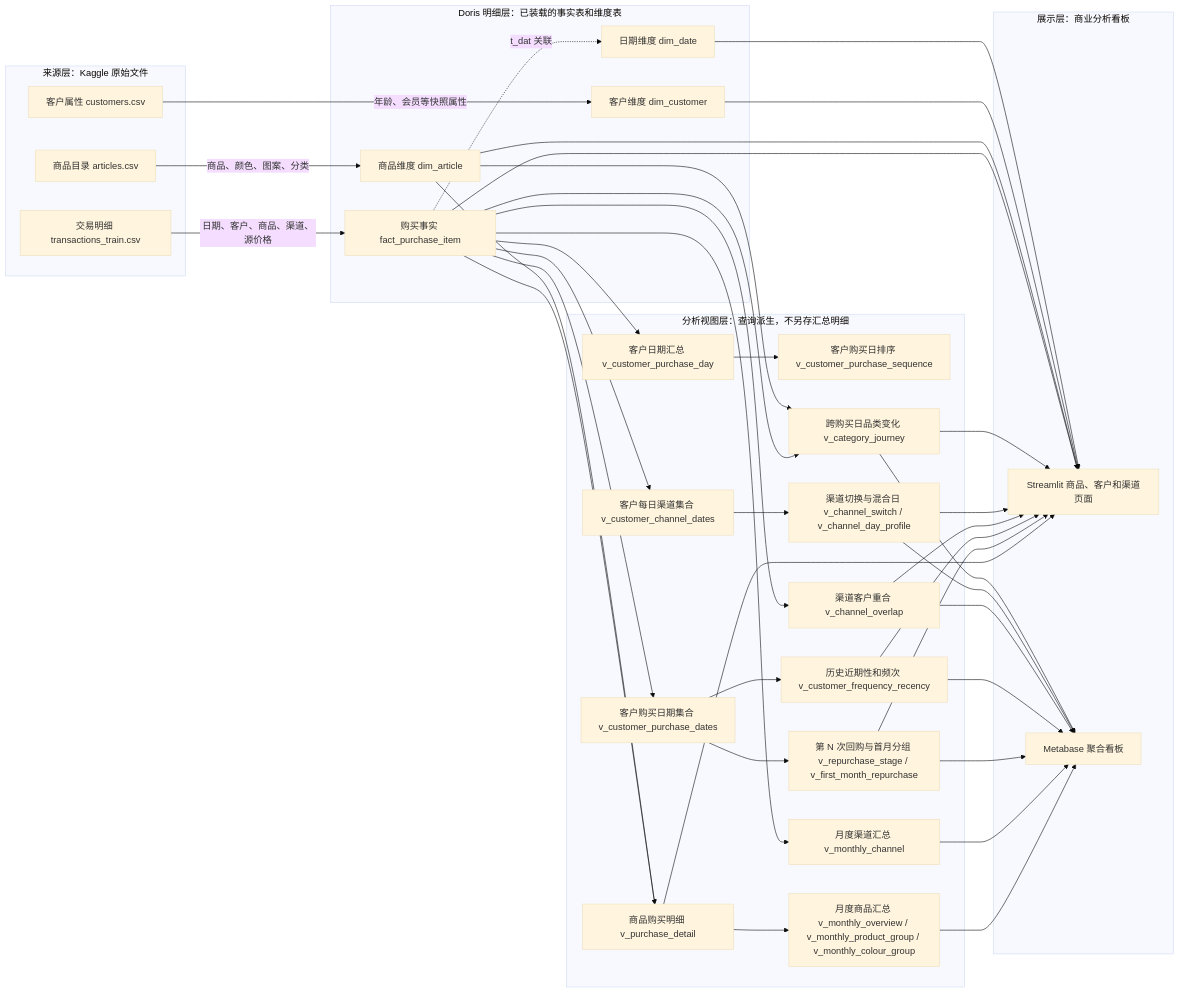
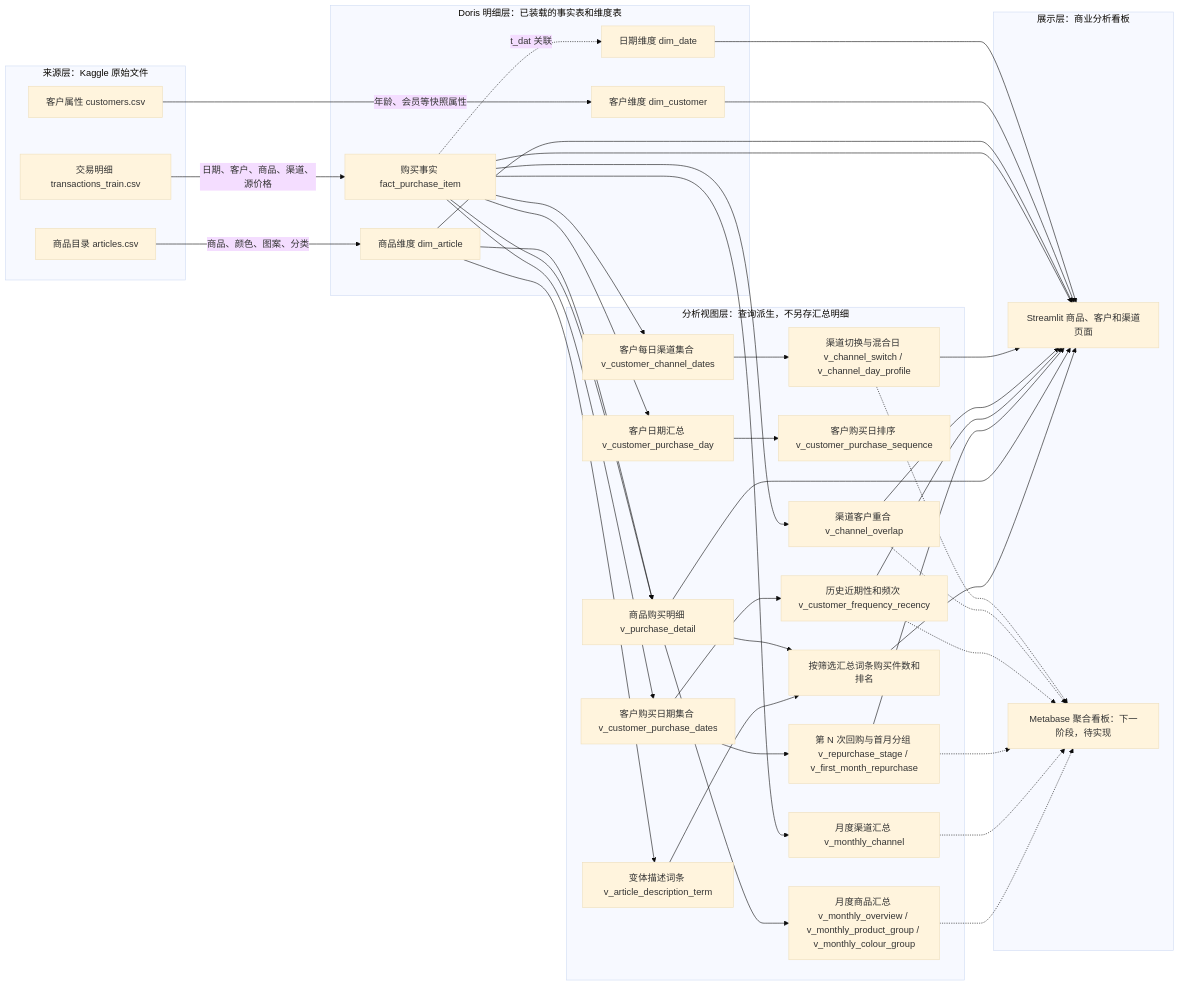
The second of 2 diagrams in docs/05-逻辑设计.md (SongYunq/industry-data-warehouse), drawn with Mermaid (base theme) before and after one commit. The commit also changed other lines of this file and 19 other files, not shown here.

````diff
--- a/docs/05-逻辑设计.md
+++ b/docs/05-逻辑设计.md
@@ -112,71 +113,72 @@
 ```mermaid
 flowchart LR
     subgraph SRC[来源层：Kaggle 原始文件]
         TX[交易明细 transactions_train.csv]
         AR[商品目录 articles.csv]
         CU[客户属性 customers.csv]
     end
 
     subgraph DW[Doris 明细层：已装载的事实表和维度表]
         F[购买事实 fact_purchase_item]
         A[商品维度 dim_article]
         C[客户维度 dim_customer]
         D[日期维度 dim_date]
     end
 
     subgraph V[分析视图层：查询派生，不另存汇总明细]
         PD[商品购买明细 v_purchase_detail]
+        DT[变体描述词条 v_article_description_term]
+        DR[按筛选汇总词条购买件数和排名]
         CD[客户日期汇总 v_customer_purchase_day]
         CS[客户购买日排序 v_customer_purchase_sequence]
         CDS[客户购买日期集合 v_customer_purchase_dates]
         RS[第 N 次回购与首月分组 v_repurchase_stage / v_first_month_repurchase]
         FR[历史近期性和频次 v_customer_frequency_recency]
         CH1[渠道客户重合 v_channel_overlap]
         CH2[客户每日渠道集合 v_customer_channel_dates]
         CH3[渠道切换与混合日 v_channel_switch / v_channel_day_profile]
-        CJ[跨购买日品类变化 v_category_journey]
         MO1[月度商品汇总 v_monthly_overview / v_monthly_product_group / v_monthly_colour_group]
         MO2[月度渠道汇总 v_monthly_channel]
     end
 
     subgraph OUT[展示层：商业分析看板]
         ST[Streamlit 商品、客户和渠道页面]
-        MB[Metabase 聚合看板]
+        MB[Metabase 聚合看板：下一阶段，待实现]
     end
 
     TX -->|日期、客户、商品、渠道、源价格| F
     AR -->|商品、颜色、图案、分类| A
     CU -->|年龄、会员等快照属性| C
     F -. t_dat 关联 .-> D
     F --> PD
     A --> PD
+    A --> DT
+    DT --> DR
+    PD --> DR
+    DR --> ST
     F --> CD
     CD --> CS
     F --> CDS
     CDS --> RS
     CDS --> FR
     F --> CH1
     F --> CH2
     CH2 --> CH3
-    F --> CJ
-    A --> CJ
     PD --> MO1
     F --> MO2
     PD --> ST
     RS --> ST
     FR --> ST
     CH1 --> ST
     CH3 --> ST
-    CJ --> ST
-    MO1 --> MB
-    MO2 --> MB
-    RS --> MB
-    FR --> MB
-    CH1 --> MB
-    CH3 --> MB
-    CJ --> MB
+    MO1 -.-> MB
+    MO2 -.-> MB
+    RS -.-> MB
+    FR -.-> MB
+    CH1 -.-> MB
+    CH3 -.-> MB
     F --> ST
     A --> ST
     C --> ST
     D --> ST
 ```
````
